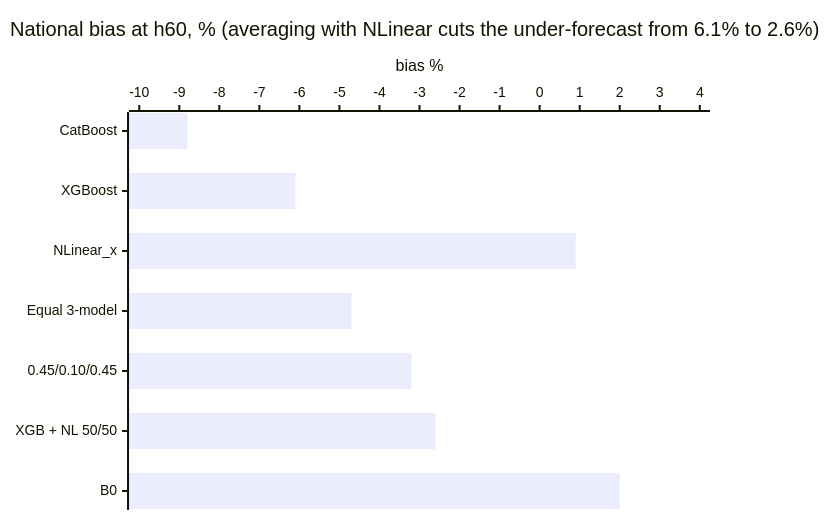
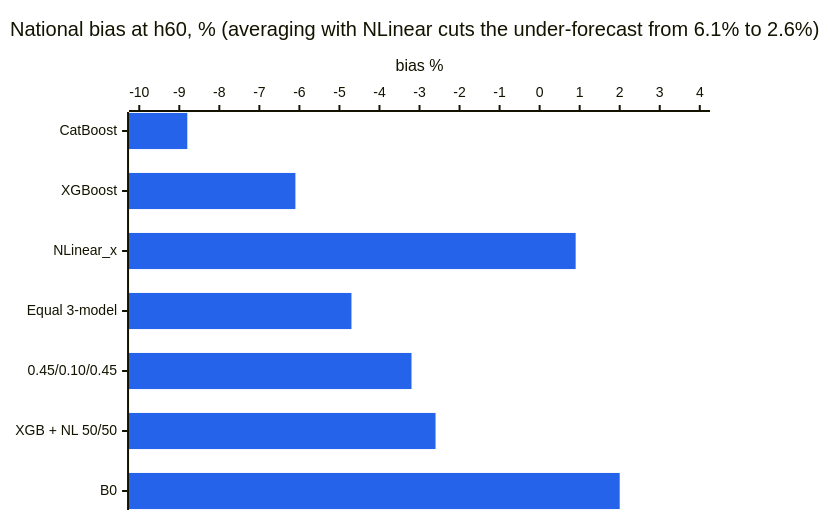
One commit to Avazbek2002/electricity changed the fourth of 4 diagrams in docs/reports/no_weather_models_2025_split.md. Above: the diagram before and after it, drawn with Mermaid. The commit also changed other lines of this file and 1 other file, not shown here.

First line of the commit message:
Report: xgboost_wx (real AIFS forecast) on the 2025 split; series colours in both reports' charts

````diff
--- a/docs/reports/no_weather_models_2025_split.md
+++ b/docs/reports/no_weather_models_2025_split.md
@@ -180,7 +181,8 @@
 ```mermaid
+%%{init: {"themeVariables": {"xyChart": {"plotColorPalette": "#2563eb"}}}}%%
 xychart-beta horizontal
     title "National bias at h60, % (averaging with NLinear cuts the under-forecast from 6.1% to 2.6%)"
     x-axis ["CatBoost", "XGBoost", "NLinear_x", "Equal 3-model", "0.45/0.10/0.45", "XGB + NL 50/50", "B0"]
     y-axis "bias %" -10 --> 4
     bar [-8.8, -6.1, 0.9, -4.7, -3.2, -2.6, 2.0]
 ```
````
